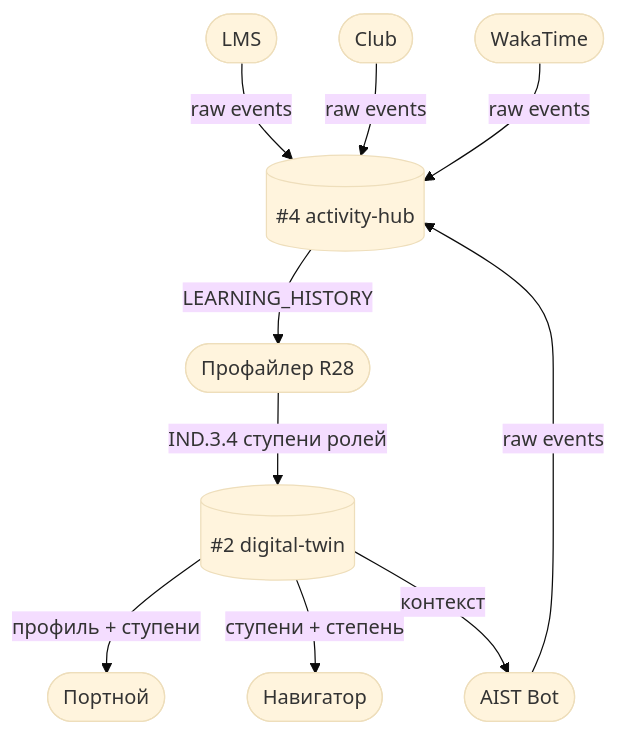
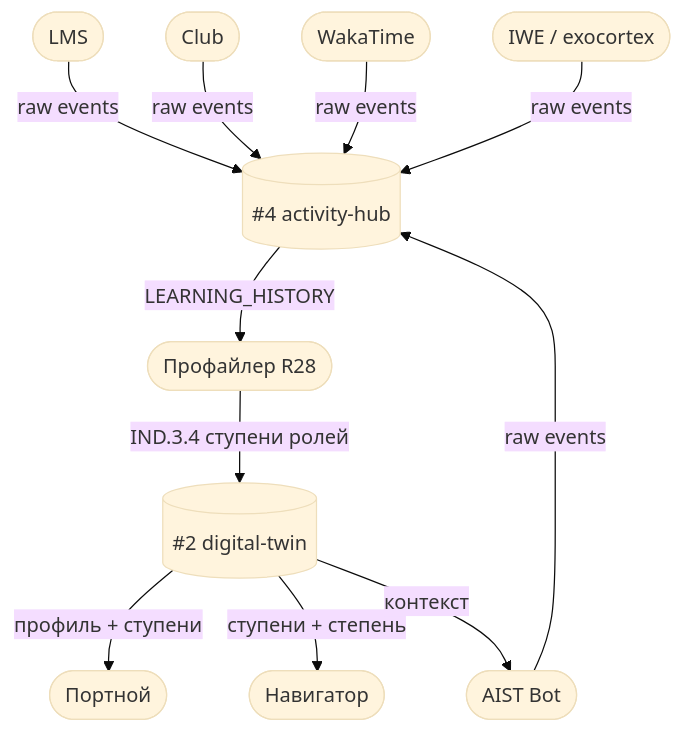
One commit to TserenTserenov/PACK-digital-platform changed the second of 9 diagrams in pack/digital-platform/02-domain-entities/DP.ARCH.004-neon-data-architecture.md. Above: the diagram before and after it, drawn with Mermaid (base theme). The commit also changed other lines of this file, not shown here.

First line of the commit message:
refactor(dp.arch.004): remove inter-DB graph, renumber §4 to 3 sections

````diff
--- a/pack/digital-platform/02-domain-entities/DP.ARCH.004-neon-data-architecture.md
+++ b/pack/digital-platform/02-domain-entities/DP.ARCH.004-neon-data-architecture.md
@@ -238,16 +209,17 @@
 ```mermaid
 graph TD
     LMS([LMS]) -->|raw events| AH
     Club([Club]) -->|raw events| AH
     Bot([AIST Bot]) -->|raw events| AH
     WakaTime([WakaTime]) -->|raw events| AH
+    IWE([IWE / exocortex]) -->|raw events| AH
 
     AH[(#4 activity-hub)]
 
     AH -->|LEARNING_HISTORY| Profiler([Профайлер R28])
     Profiler -->|IND.3.4 ступени ролей| DT[(#2 digital-twin)]
 
     DT -->|профиль + ступени| Tailor([Портной])
     DT -->|ступени + степень| Navigator([Навигатор])
     DT -->|контекст| Bot
 ```
````
